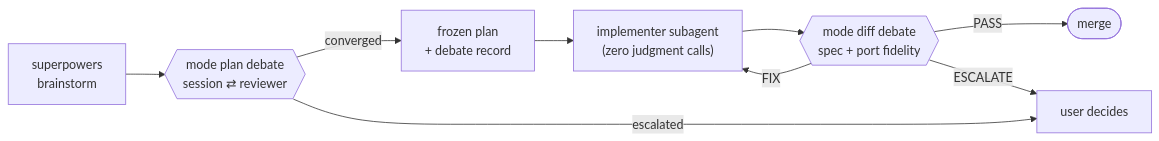
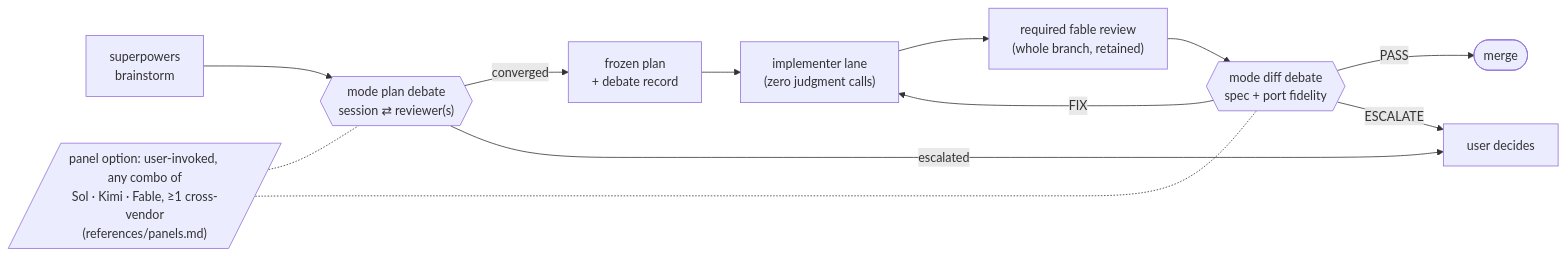
The first of 2 diagrams in README.md (Bmwascher/parallax), drawn with Mermaid before and after one commit. The commit also changed other lines of this file and 1 other file, not shown here.

````diff
--- a/README.md
+++ b/README.md
@@ -32,11 +37,14 @@
 ```mermaid
 flowchart LR
-    A[superpowers<br/>brainstorm] --> B{{"mode plan debate<br/>session ⇄ reviewer"}}
+    A[superpowers<br/>brainstorm] --> B{{"mode plan debate<br/>session ⇄ reviewer(s)"}}
     B -->|converged| C["frozen plan<br/>+ debate record"]
     B -->|escalated| U[user decides]
-    C --> D["implementer subagent<br/>(zero judgment calls)"]
-    D --> E{{"mode diff debate<br/>spec + port fidelity"}}
+    C --> D["implementer lane<br/>(zero judgment calls)"]
+    D --> R["required fable review<br/>(whole branch, retained)"]
+    R --> E{{"mode diff debate<br/>spec + port fidelity"}}
     E -->|PASS| F([merge])
     E -->|FIX| D
     E -->|ESCALATE| U
+    P[/"panel option: user-invoked, any combo of<br/>Sol · Kimi · Fable, ≥1 cross-vendor<br/>(references/panels.md)"/] -.- B
+    P -.- E
 ```
````
